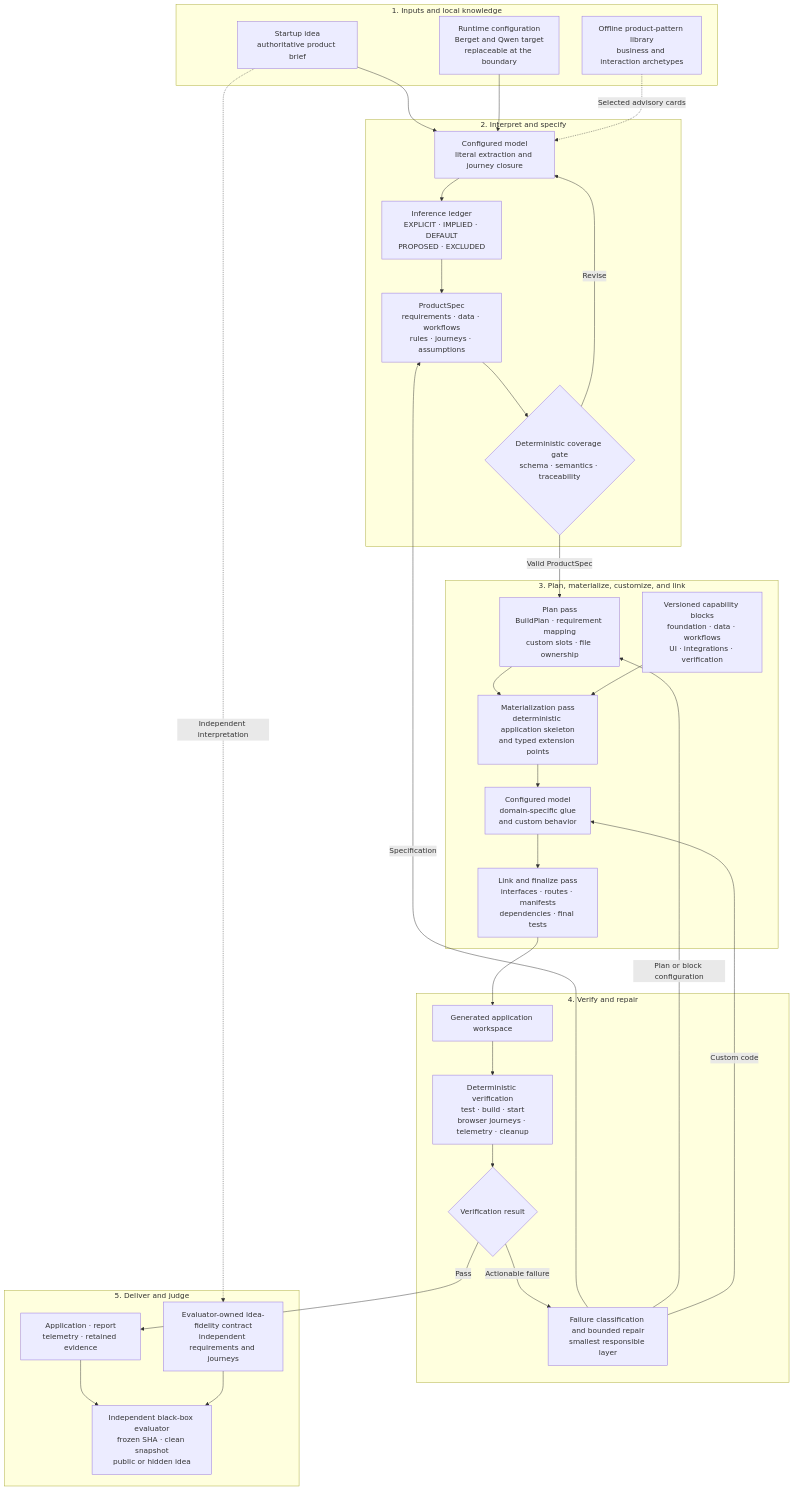
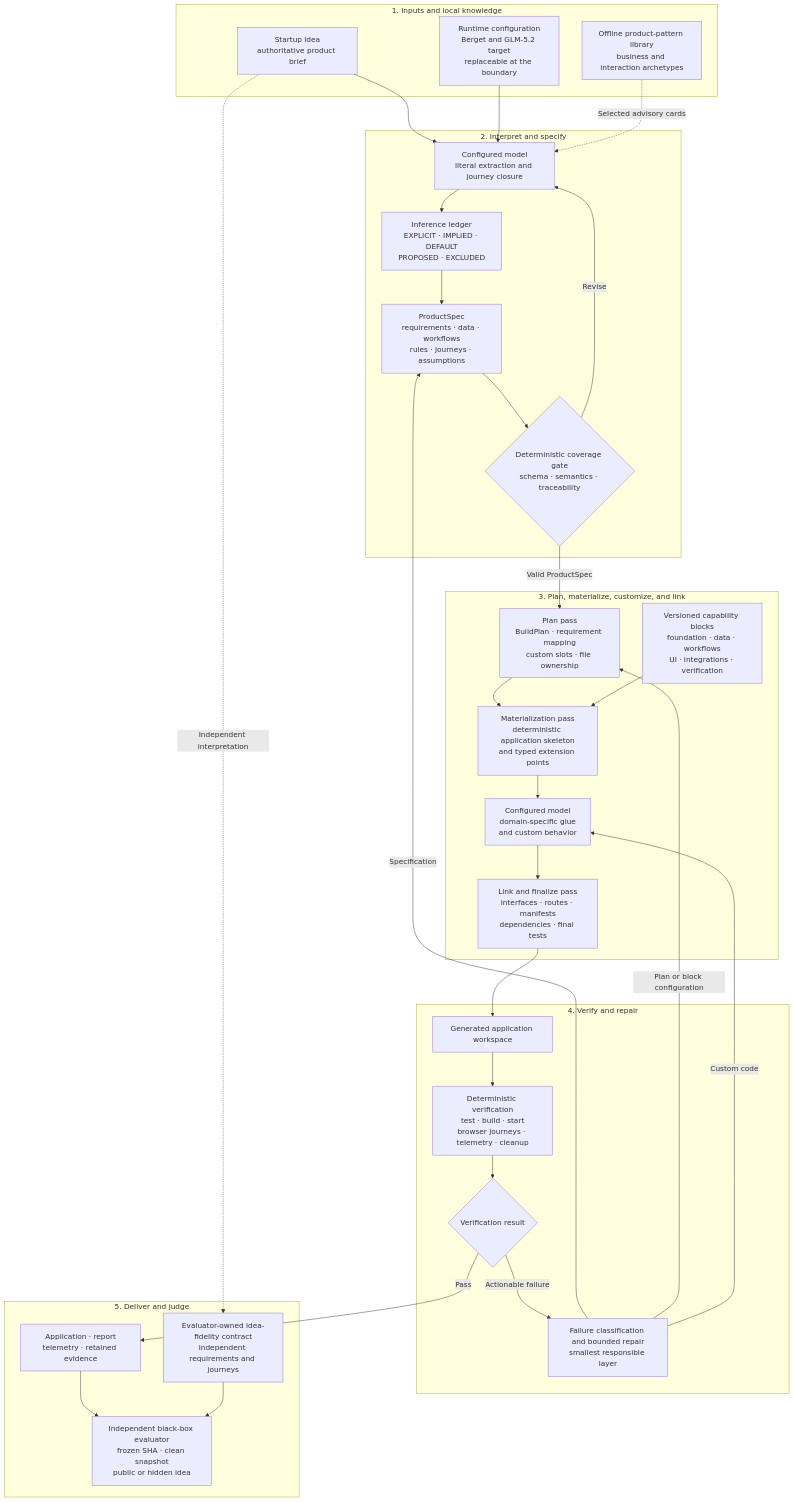
Before and after one commit to rafaelschmidl/agentcofounder-harness: the diagram in docs/system-specification.md, drawn with Mermaid. The commit also changed other lines of this file and 7 other files, not shown here.

Commit message:
Target confirmed GLM contest model

````diff
--- a/docs/system-specification.md
+++ b/docs/system-specification.md
@@ -62,63 +62,63 @@
 ```mermaid
 flowchart TD
     subgraph Inputs["1. Inputs and local knowledge"]
         IDEA["Startup idea<br/>authoritative product brief"]
-        RUNTIME["Runtime configuration<br/>Berget and Qwen target<br/>replaceable at the boundary"]
+        RUNTIME["Runtime configuration<br/>Berget and GLM-5.2 target<br/>replaceable at the boundary"]
         PATTERNS["Offline product-pattern library<br/>business and interaction archetypes"]
     end
 
     subgraph Interpret["2. Interpret and specify"]
         READ["Configured model<br/>literal extraction and journey closure"]
         LEDGER["Inference ledger<br/>EXPLICIT · IMPLIED · DEFAULT<br/>PROPOSED · EXCLUDED"]
         SPEC["ProductSpec<br/>requirements · data · workflows<br/>rules · journeys · assumptions"]
         COVERAGE{"Deterministic coverage gate<br/>schema · semantics · traceability"}
 
         READ --> LEDGER --> SPEC --> COVERAGE
         COVERAGE -- "Revise" --> READ
     end
 
     IDEA --> READ
     RUNTIME --> READ
     PATTERNS -. "Selected advisory cards" .-> READ
 
     subgraph Compile["3. Plan, materialize, customize, and link"]
         PLAN["Plan pass<br/>BuildPlan · requirement mapping<br/>custom slots · file ownership"]
         BLOCKS["Versioned capability blocks<br/>foundation · data · workflows<br/>UI · integrations · verification"]
         MATERIALIZE["Materialization pass<br/>deterministic application skeleton<br/>and typed extension points"]
         CUSTOM["Configured model<br/>domain-specific glue<br/>and custom behavior"]
         LINK["Link and finalize pass<br/>interfaces · routes · manifests<br/>dependencies · final tests"]
 
         PLAN --> MATERIALIZE
         BLOCKS --> MATERIALIZE
         MATERIALIZE --> CUSTOM --> LINK
     end
 
     COVERAGE -- "Valid ProductSpec" --> PLAN
 
     subgraph Verify["4. Verify and repair"]
         APP["Generated application workspace"]
         CHECKS["Deterministic verification<br/>test · build · start<br/>browser journeys · telemetry · cleanup"]
         VERDICT{"Verification result"}
         REPAIR["Failure classification and bounded repair<br/>smallest responsible layer"]
 
         APP --> CHECKS --> VERDICT
         VERDICT -- "Actionable failure" --> REPAIR
     end
 
     LINK --> APP
     REPAIR -- "Specification" --> SPEC
     REPAIR -- "Plan or block configuration" --> PLAN
     REPAIR -- "Custom code" --> CUSTOM
 
     subgraph Deliver["5. Deliver and judge"]
         OUTPUT["Application · report<br/>telemetry · retained evidence"]
         FIDELITY["Evaluator-owned idea-fidelity contract<br/>independent requirements and journeys"]
         EVALUATOR["Independent black-box evaluator<br/>frozen SHA · clean snapshot<br/>public or hidden idea"]
 
         OUTPUT --> EVALUATOR
         FIDELITY --> EVALUATOR
     end
 
     VERDICT -- "Pass" --> OUTPUT
     IDEA -. "Independent interpretation" .-> FIDELITY
 ```
````
